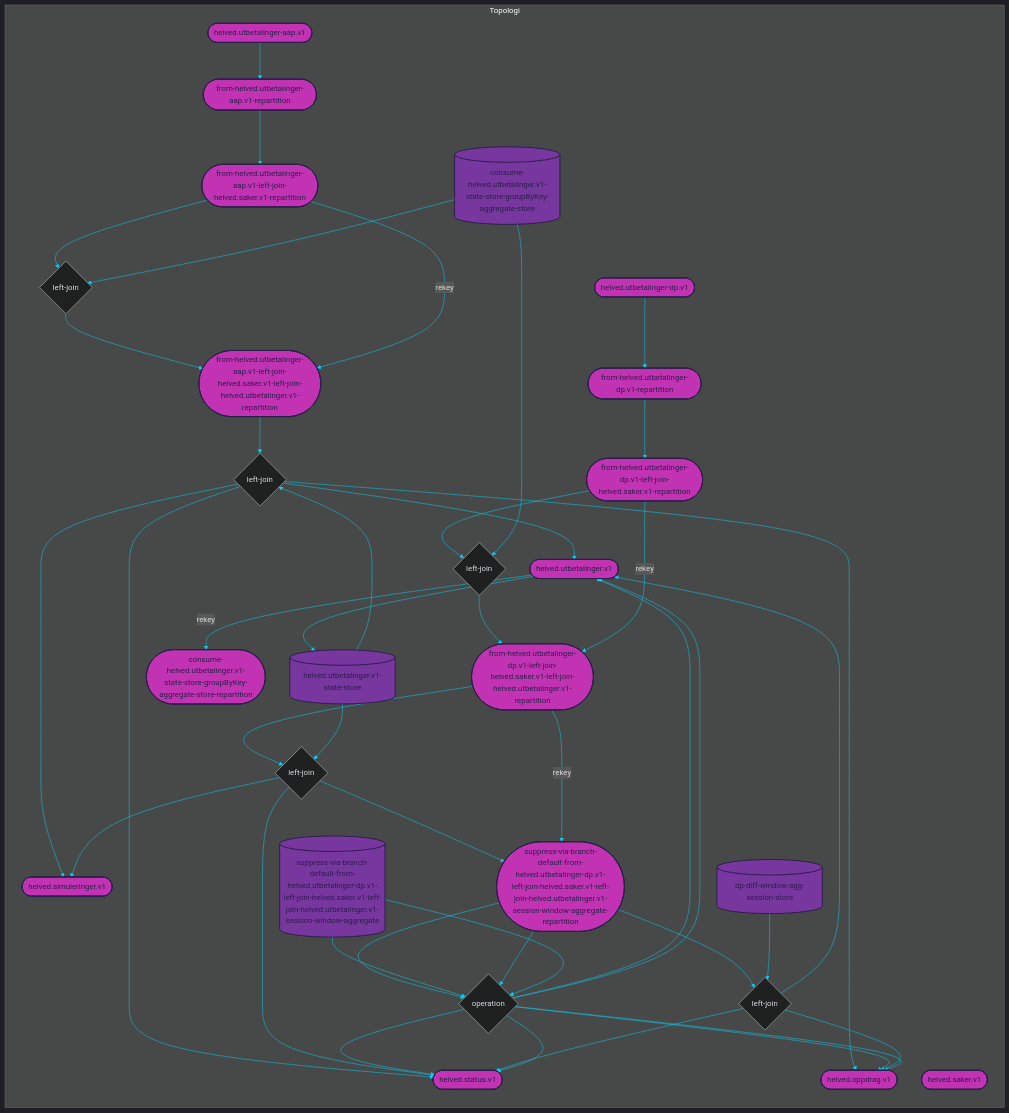
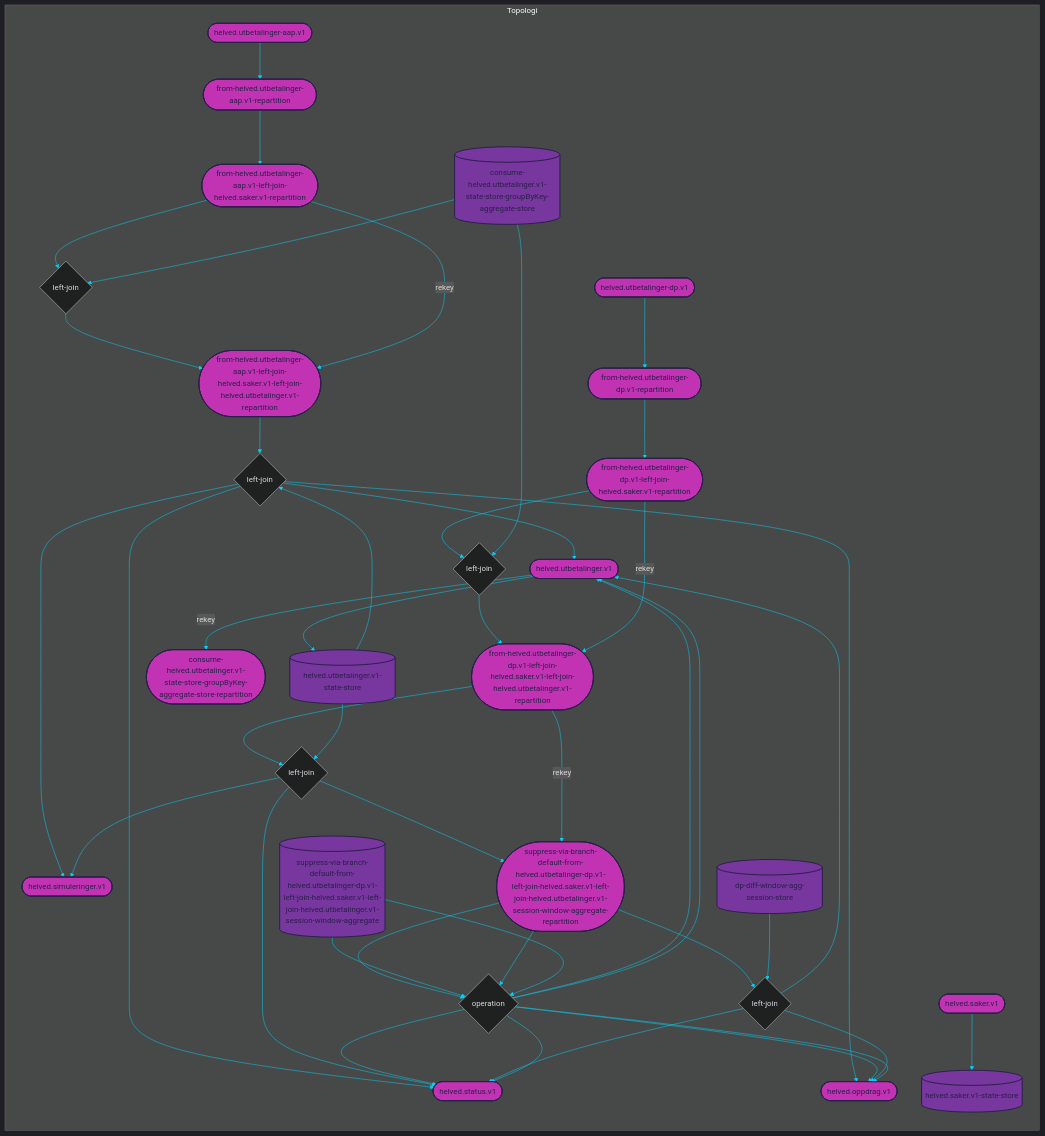
The diagram in dokumentasjon/topology.mmd (navikt/helved-utbetaling), drawn with Mermaid before and after one commit. The commit also changed 14 other files, not shown here.

```diff
--- a/dokumentasjon/topology.mmd
+++ b/dokumentasjon/topology.mmd
@@ -1,132 +1,135 @@
 
 %%{init: {'theme': 'dark', 'themeVariables': { 'primaryColor': '#07cff6', 'textColor': '#dad9e0', 'lineColor': '#07cff6'}}}%%
 
 graph LR
 
 subgraph Topologi
     %% TOPICS
     from-helved.utbetalinger-aap.v1-left-join-helved.saker.v1-left-join-helved.utbetalinger.v1-repartition([from-helved.utbetalinger-aap.v1-left-join-helved.saker.v1-left-join-helved.utbetalinger.v1-repartition])
 	from-helved.utbetalinger-dp.v1-left-join-helved.saker.v1-left-join-helved.utbetalinger.v1-repartition([from-helved.utbetalinger-dp.v1-left-join-helved.saker.v1-left-join-helved.utbetalinger.v1-repartition])
 	helved.utbetalinger.v1([helved.utbetalinger.v1])
 	consume-helved.utbetalinger.v1-state-store-groupByKey-aggregate-store-repartition([consume-helved.utbetalinger.v1-state-store-groupByKey-aggregate-store-repartition])
 	helved.oppdrag.v1([helved.oppdrag.v1])
 	helved.simuleringer.v1([helved.simuleringer.v1])
 	helved.status.v1([helved.status.v1])
 	suppress-via-branch-default-from-helved.utbetalinger-dp.v1-left-join-helved.saker.v1-left-join-helved.utbetalinger.v1-session-window-aggregate-repartition([suppress-via-branch-default-from-helved.utbetalinger-dp.v1-left-join-helved.saker.v1-left-join-helved.utbetalinger.v1-session-window-aggregate-repartition])
 	from-helved.utbetalinger-aap.v1-left-join-helved.saker.v1-repartition([from-helved.utbetalinger-aap.v1-left-join-helved.saker.v1-repartition])
 	from-helved.utbetalinger-dp.v1-left-join-helved.saker.v1-repartition([from-helved.utbetalinger-dp.v1-left-join-helved.saker.v1-repartition])
 	helved.saker.v1([helved.saker.v1])
 	helved.utbetalinger-aap.v1([helved.utbetalinger-aap.v1])
 	from-helved.utbetalinger-aap.v1-repartition([from-helved.utbetalinger-aap.v1-repartition])
 	helved.utbetalinger-dp.v1([helved.utbetalinger-dp.v1])
 	from-helved.utbetalinger-dp.v1-repartition([from-helved.utbetalinger-dp.v1-repartition])
 
     %% JOINS
     from-helved.utbetalinger-aap.v1-left-join-helved.saker.v1-left-join-helved.utbetalinger.v1{left-join}
 	from-helved.utbetalinger-dp.v1-left-join-helved.saker.v1-left-join-helved.utbetalinger.v1{left-join}
 	from-helved.utbetalinger-aap.v1-left-join-helved.saker.v1{left-join}
 	from-helved.utbetalinger-dp.v1-left-join-helved.saker.v1{left-join}
 	via-branch-default-from-helved.utbetalinger-dp.v1-left-join-helved.saker.v1-left-join-helved.utbetalinger.v1-session-window-operation-reduced{left-join}
 	suppress-via-branch-default-from-helved.utbetalinger-dp.v1-left-join-helved.saker.v1-left-join-helved.utbetalinger.v1-session-window{left-join}
 
     %% STATE PROCESSORS
     via-branch-default-from-helved.utbetalinger-dp.v1-left-join-helved.saker.v1-left-join-helved.utbetalinger.v1-session-window-operation-reduced{operation}
     
     %% STATE STORES
     helved.utbetalinger.v1-state-store[(helved.utbetalinger.v1-state-store)]
 	consume-helved.utbetalinger.v1-state-store-groupByKey-aggregate-store[(consume-helved.utbetalinger.v1-state-store-groupByKey-aggregate-store)]
 	suppress-via-branch-default-from-helved.utbetalinger-dp.v1-left-join-helved.saker.v1-left-join-helved.utbetalinger.v1-session-window-aggregate[(suppress-via-branch-default-from-helved.utbetalinger-dp.v1-left-join-helved.saker.v1-left-join-helved.utbetalinger.v1-session-window-aggregate)]
 	dp-diff-window-agg-session-store[(dp-diff-window-agg-session-store)]
+	helved.saker.v1-state-store[(helved.saker.v1-state-store)]
     
     %% DATABASES
     
     
 
     %% PROCESSOR API JOBS
     
     
     %% JOIN STREAMS
     from-helved.utbetalinger-aap.v1-left-join-helved.saker.v1-left-join-helved.utbetalinger.v1-repartition --> from-helved.utbetalinger-aap.v1-left-join-helved.saker.v1-left-join-helved.utbetalinger.v1
 	helved.utbetalinger.v1-state-store --> from-helved.utbetalinger-aap.v1-left-join-helved.saker.v1-left-join-helved.utbetalinger.v1
 	from-helved.utbetalinger-aap.v1-left-join-helved.saker.v1-left-join-helved.utbetalinger.v1 --> helved.status.v1
 	from-helved.utbetalinger-aap.v1-left-join-helved.saker.v1-left-join-helved.utbetalinger.v1 --> helved.simuleringer.v1
 	from-helved.utbetalinger-aap.v1-left-join-helved.saker.v1-left-join-helved.utbetalinger.v1 --> helved.utbetalinger.v1
 	from-helved.utbetalinger-aap.v1-left-join-helved.saker.v1-left-join-helved.utbetalinger.v1 --> helved.oppdrag.v1
 	from-helved.utbetalinger-dp.v1-left-join-helved.saker.v1-left-join-helved.utbetalinger.v1-repartition --> from-helved.utbetalinger-dp.v1-left-join-helved.saker.v1-left-join-helved.utbetalinger.v1
 	helved.utbetalinger.v1-state-store --> from-helved.utbetalinger-dp.v1-left-join-helved.saker.v1-left-join-helved.utbetalinger.v1
 	from-helved.utbetalinger-dp.v1-left-join-helved.saker.v1-left-join-helved.utbetalinger.v1 --> helved.simuleringer.v1
 	from-helved.utbetalinger-dp.v1-left-join-helved.saker.v1-left-join-helved.utbetalinger.v1 --> helved.status.v1
 	from-helved.utbetalinger-dp.v1-left-join-helved.saker.v1-left-join-helved.utbetalinger.v1 --> suppress-via-branch-default-from-helved.utbetalinger-dp.v1-left-join-helved.saker.v1-left-join-helved.utbetalinger.v1-session-window-aggregate-repartition
 	from-helved.utbetalinger-aap.v1-left-join-helved.saker.v1-repartition --> from-helved.utbetalinger-aap.v1-left-join-helved.saker.v1
 	consume-helved.utbetalinger.v1-state-store-groupByKey-aggregate-store --> from-helved.utbetalinger-aap.v1-left-join-helved.saker.v1
 	from-helved.utbetalinger-aap.v1-left-join-helved.saker.v1 --> from-helved.utbetalinger-aap.v1-left-join-helved.saker.v1-left-join-helved.utbetalinger.v1-repartition
 	from-helved.utbetalinger-dp.v1-left-join-helved.saker.v1-repartition --> from-helved.utbetalinger-dp.v1-left-join-helved.saker.v1
 	consume-helved.utbetalinger.v1-state-store-groupByKey-aggregate-store --> from-helved.utbetalinger-dp.v1-left-join-helved.saker.v1
 	from-helved.utbetalinger-dp.v1-left-join-helved.saker.v1 --> from-helved.utbetalinger-dp.v1-left-join-helved.saker.v1-left-join-helved.utbetalinger.v1-repartition
 	suppress-via-branch-default-from-helved.utbetalinger-dp.v1-left-join-helved.saker.v1-left-join-helved.utbetalinger.v1-session-window-aggregate-repartition --> via-branch-default-from-helved.utbetalinger-dp.v1-left-join-helved.saker.v1-left-join-helved.utbetalinger.v1-session-window-operation-reduced
 	suppress-via-branch-default-from-helved.utbetalinger-dp.v1-left-join-helved.saker.v1-left-join-helved.utbetalinger.v1-session-window-aggregate --> via-branch-default-from-helved.utbetalinger-dp.v1-left-join-helved.saker.v1-left-join-helved.utbetalinger.v1-session-window-operation-reduced
 	via-branch-default-from-helved.utbetalinger-dp.v1-left-join-helved.saker.v1-left-join-helved.utbetalinger.v1-session-window-operation-reduced --> helved.utbetalinger.v1
 	via-branch-default-from-helved.utbetalinger-dp.v1-left-join-helved.saker.v1-left-join-helved.utbetalinger.v1-session-window-operation-reduced --> helved.oppdrag.v1
 	via-branch-default-from-helved.utbetalinger-dp.v1-left-join-helved.saker.v1-left-join-helved.utbetalinger.v1-session-window-operation-reduced --> helved.status.v1
 	suppress-via-branch-default-from-helved.utbetalinger-dp.v1-left-join-helved.saker.v1-left-join-helved.utbetalinger.v1-session-window-aggregate-repartition --> suppress-via-branch-default-from-helved.utbetalinger-dp.v1-left-join-helved.saker.v1-left-join-helved.utbetalinger.v1-session-window
 	dp-diff-window-agg-session-store --> suppress-via-branch-default-from-helved.utbetalinger-dp.v1-left-join-helved.saker.v1-left-join-helved.utbetalinger.v1-session-window
 	suppress-via-branch-default-from-helved.utbetalinger-dp.v1-left-join-helved.saker.v1-left-join-helved.utbetalinger.v1-session-window --> helved.utbetalinger.v1
 	suppress-via-branch-default-from-helved.utbetalinger-dp.v1-left-join-helved.saker.v1-left-join-helved.utbetalinger.v1-session-window --> helved.oppdrag.v1
 	suppress-via-branch-default-from-helved.utbetalinger-dp.v1-left-join-helved.saker.v1-left-join-helved.utbetalinger.v1-session-window --> helved.status.v1
 
     %% TABLE STREAMS
     helved.utbetalinger.v1 --> helved.utbetalinger.v1-state-store
+	helved.saker.v1 --> helved.saker.v1-state-store
 
     %% JOB STREAMS
     
     
     %% BRANCH STREAMS
     
 
     %% REPARTITION STREAMS
     from-helved.utbetalinger-dp.v1-left-join-helved.saker.v1-left-join-helved.utbetalinger.v1-repartition --> |rekey| suppress-via-branch-default-from-helved.utbetalinger-dp.v1-left-join-helved.saker.v1-left-join-helved.utbetalinger.v1-session-window-aggregate-repartition
 	helved.utbetalinger.v1 --> |rekey| consume-helved.utbetalinger.v1-state-store-groupByKey-aggregate-store-repartition
 	from-helved.utbetalinger-aap.v1-left-join-helved.saker.v1-repartition --> |rekey| from-helved.utbetalinger-aap.v1-left-join-helved.saker.v1-left-join-helved.utbetalinger.v1-repartition
 	from-helved.utbetalinger-dp.v1-left-join-helved.saker.v1-repartition --> |rekey| from-helved.utbetalinger-dp.v1-left-join-helved.saker.v1-left-join-helved.utbetalinger.v1-repartition
     
     %% BASIC STREAMS
     helved.utbetalinger-aap.v1 --> from-helved.utbetalinger-aap.v1-repartition
 	from-helved.utbetalinger-aap.v1-repartition --> from-helved.utbetalinger-aap.v1-left-join-helved.saker.v1-repartition
 	helved.utbetalinger-dp.v1 --> from-helved.utbetalinger-dp.v1-repartition
 	from-helved.utbetalinger-dp.v1-repartition --> from-helved.utbetalinger-dp.v1-left-join-helved.saker.v1-repartition
     
     %% CUSTOM PROCESS STREAMS
     suppress-via-branch-default-from-helved.utbetalinger-dp.v1-left-join-helved.saker.v1-left-join-helved.utbetalinger.v1-session-window-aggregate-repartition --> via-branch-default-from-helved.utbetalinger-dp.v1-left-join-helved.saker.v1-left-join-helved.utbetalinger.v1-session-window-operation-reduced
 	suppress-via-branch-default-from-helved.utbetalinger-dp.v1-left-join-helved.saker.v1-left-join-helved.utbetalinger.v1-session-window-aggregate --> via-branch-default-from-helved.utbetalinger-dp.v1-left-join-helved.saker.v1-left-join-helved.utbetalinger.v1-session-window-operation-reduced
 	via-branch-default-from-helved.utbetalinger-dp.v1-left-join-helved.saker.v1-left-join-helved.utbetalinger.v1-session-window-operation-reduced --> helved.utbetalinger.v1
 	via-branch-default-from-helved.utbetalinger-dp.v1-left-join-helved.saker.v1-left-join-helved.utbetalinger.v1-session-window-operation-reduced --> helved.oppdrag.v1
 	via-branch-default-from-helved.utbetalinger-dp.v1-left-join-helved.saker.v1-left-join-helved.utbetalinger.v1-session-window-operation-reduced --> helved.status.v1
 end
 
 %% COLORS
 %% light    #dad9e0
 %% purple   #78369f
 %% pink     #c233b4
 %% dark     #2a204a
 %% blue     #07cff6
 
 %% STYLES
 style from-helved.utbetalinger-aap.v1-left-join-helved.saker.v1-left-join-helved.utbetalinger.v1-repartition fill:#c233b4, stroke:#2a204a, stroke-width:2px, color:#2a204a
 style from-helved.utbetalinger-dp.v1-left-join-helved.saker.v1-left-join-helved.utbetalinger.v1-repartition fill:#c233b4, stroke:#2a204a, stroke-width:2px, color:#2a204a
 style helved.utbetalinger.v1 fill:#c233b4, stroke:#2a204a, stroke-width:2px, color:#2a204a
 style consume-helved.utbetalinger.v1-state-store-groupByKey-aggregate-store-repartition fill:#c233b4, stroke:#2a204a, stroke-width:2px, color:#2a204a
 style helved.oppdrag.v1 fill:#c233b4, stroke:#2a204a, stroke-width:2px, color:#2a204a
 style helved.simuleringer.v1 fill:#c233b4, stroke:#2a204a, stroke-width:2px, color:#2a204a
 style helved.status.v1 fill:#c233b4, stroke:#2a204a, stroke-width:2px, color:#2a204a
 style suppress-via-branch-default-from-helved.utbetalinger-dp.v1-left-join-helved.saker.v1-left-join-helved.utbetalinger.v1-session-window-aggregate-repartition fill:#c233b4, stroke:#2a204a, stroke-width:2px, color:#2a204a
 style from-helved.utbetalinger-aap.v1-left-join-helved.saker.v1-repartition fill:#c233b4, stroke:#2a204a, stroke-width:2px, color:#2a204a
 style from-helved.utbetalinger-dp.v1-left-join-helved.saker.v1-repartition fill:#c233b4, stroke:#2a204a, stroke-width:2px, color:#2a204a
 style helved.saker.v1 fill:#c233b4, stroke:#2a204a, stroke-width:2px, color:#2a204a
 style helved.utbetalinger-aap.v1 fill:#c233b4, stroke:#2a204a, stroke-width:2px, color:#2a204a
 style from-helved.utbetalinger-aap.v1-repartition fill:#c233b4, stroke:#2a204a, stroke-width:2px, color:#2a204a
 style helved.utbetalinger-dp.v1 fill:#c233b4, stroke:#2a204a, stroke-width:2px, color:#2a204a
 style from-helved.utbetalinger-dp.v1-repartition fill:#c233b4, stroke:#2a204a, stroke-width:2px, color:#2a204a
 style helved.utbetalinger.v1-state-store fill:#78369f, stroke:#2a204a, stroke-width:2px, color:#2a204a
 style consume-helved.utbetalinger.v1-state-store-groupByKey-aggregate-store fill:#78369f, stroke:#2a204a, stroke-width:2px, color:#2a204a
 style suppress-via-branch-default-from-helved.utbetalinger-dp.v1-left-join-helved.saker.v1-left-join-helved.utbetalinger.v1-session-window-aggregate fill:#78369f, stroke:#2a204a, stroke-width:2px, color:#2a204a
 style dp-diff-window-agg-session-store fill:#78369f, stroke:#2a204a, stroke-width:2px, color:#2a204a
+style helved.saker.v1-state-store fill:#78369f, stroke:#2a204a, stroke-width:2px, color:#2a204a
```
